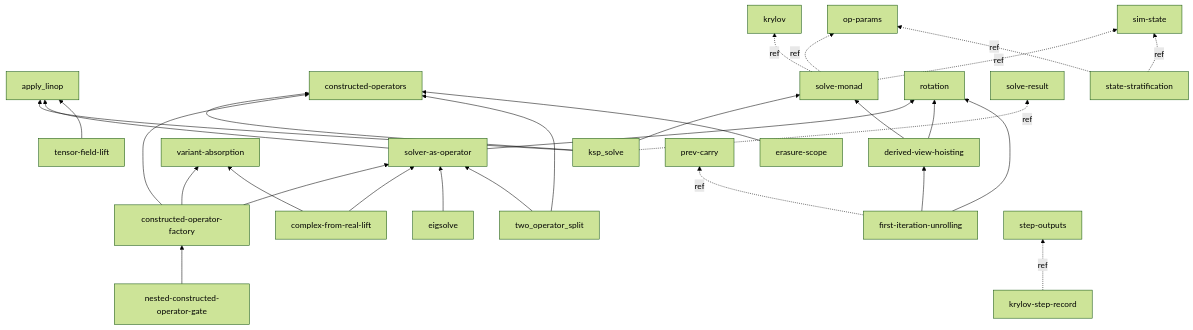
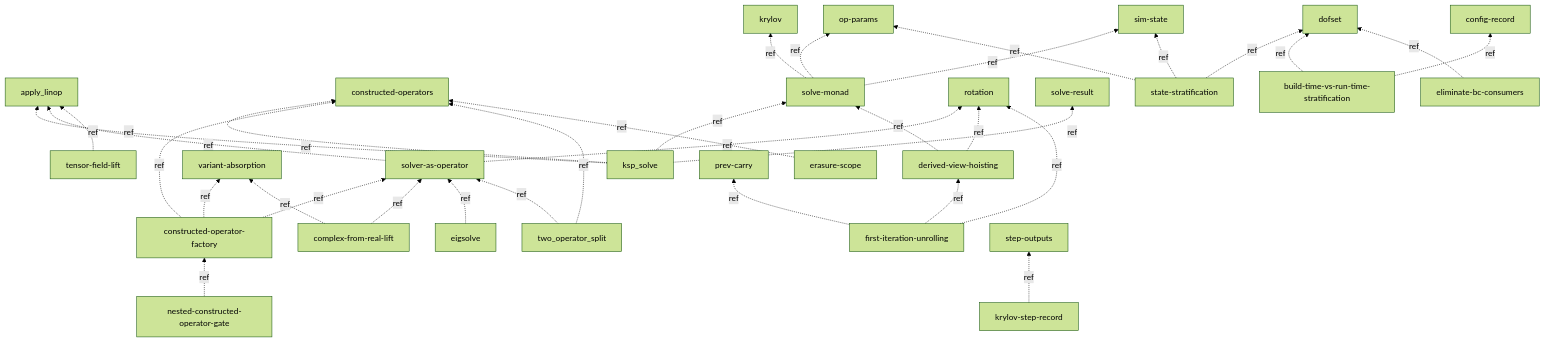
Before and after one commit to crutcher/palace_whiteroom: the third of 3 diagrams in book/src/concepts/dependency-map.md, drawn with Mermaid (forest theme). The commit also changed other lines of this file and 97 other files, not shown here.

````diff
--- a/book/src/concepts/dependency-map.md
+++ b/book/src/concepts/dependency-map.md
@@ -109,31 +152,35 @@
 ```mermaid
 graph BT
-  ksp_solve --> apply_linop
-  ksp_solve --> constructed-operators
-  ksp_solve --> solve-monad
-  solver-as-operator --> apply_linop
-  solver-as-operator --> rotation
-  constructed-operator-factory --> constructed-operators
-  constructed-operator-factory --> variant-absorption
-  constructed-operator-factory --> solver-as-operator
-  nested-constructed-operator-gate --> constructed-operator-factory
-  complex-from-real-lift --> solver-as-operator
-  complex-from-real-lift --> variant-absorption
-  eigsolve --> solver-as-operator
-  two_operator_split --> constructed-operators
-  two_operator_split --> solver-as-operator
-  erasure-scope --> constructed-operators
-  derived-view-hoisting --> rotation
-  derived-view-hoisting --> solve-monad
-  first-iteration-unrolling --> rotation
-  first-iteration-unrolling --> derived-view-hoisting
-  tensor-field-lift --> apply_linop
+  ksp_solve -.->|ref| apply_linop
+  ksp_solve -.->|ref| constructed-operators
+  ksp_solve -.->|ref| solve-monad
+  solver-as-operator -.->|ref| apply_linop
+  solver-as-operator -.->|ref| rotation
+  constructed-operator-factory -.->|ref| constructed-operators
+  constructed-operator-factory -.->|ref| variant-absorption
+  constructed-operator-factory -.->|ref| solver-as-operator
+  nested-constructed-operator-gate -.->|ref| constructed-operator-factory
+  complex-from-real-lift -.->|ref| solver-as-operator
+  complex-from-real-lift -.->|ref| variant-absorption
+  eigsolve -.->|ref| solver-as-operator
+  two_operator_split -.->|ref| constructed-operators
+  two_operator_split -.->|ref| solver-as-operator
+  erasure-scope -.->|ref| constructed-operators
+  derived-view-hoisting -.->|ref| rotation
+  derived-view-hoisting -.->|ref| solve-monad
+  first-iteration-unrolling -.->|ref| rotation
+  first-iteration-unrolling -.->|ref| derived-view-hoisting
+  tensor-field-lift -.->|ref| apply_linop
   solve-monad -.->|ref| krylov
   solve-monad -.->|ref| op-params
   solve-monad -.->|ref| sim-state
   ksp_solve -.->|ref| solve-result
   state-stratification -.->|ref| op-params
   state-stratification -.->|ref| sim-state
+  state-stratification -.->|ref| dofset
+  build-time-vs-run-time-stratification -.->|ref| config-record
+  build-time-vs-run-time-stratification -.->|ref| dofset
   first-iteration-unrolling -.->|ref| prev-carry
   krylov-step-record -.->|ref| step-outputs
+  eliminate-bc-consumers -.->|ref| dofset
 ```
````
